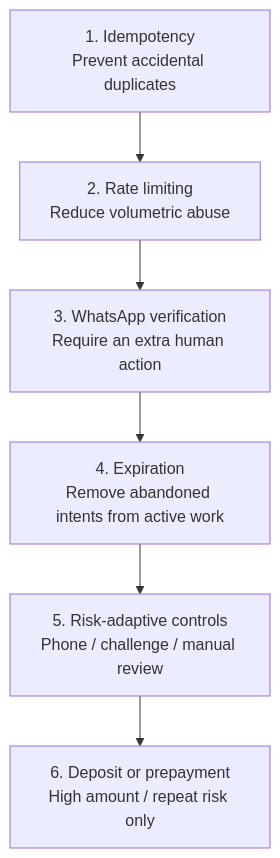
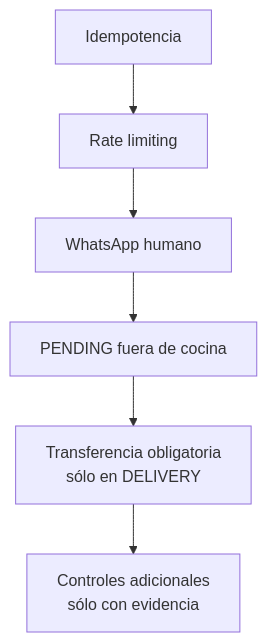
Before and after one commit to sjo1848/taco-loco: the ninth of 11 diagrams in docs/product/TL-HIGH-LEVEL-WORKFLOWS.md, drawn with Mermaid. The commit also changed other lines of this file, not shown here.

Commit message:
docs: close Taco Loco order-flow HLD human review

````diff
--- a/docs/product/TL-HIGH-LEVEL-WORKFLOWS.md
+++ b/docs/product/TL-HIGH-LEVEL-WORKFLOWS.md
@@ -308,11 +313,8 @@
 ```mermaid
 flowchart TD
-    L1[1. Idempotency\nPrevent accidental duplicates]
-    L2[2. Rate limiting\nReduce volumetric abuse]
-    L3[3. WhatsApp verification\nRequire an extra human action]
-    L4[4. Expiration\nRemove abandoned intents from active work]
-    L5[5. Risk-adaptive controls\nPhone / challenge / manual review]
-    L6[6. Deposit or prepayment\nHigh amount / repeat risk only]
-
-    L1 --> L2 --> L3 --> L4 --> L5 --> L6
+    L1[Idempotencia] --> L2[Rate limiting]
+    L2 --> L3[WhatsApp humano]
+    L3 --> L4[PENDING fuera de cocina]
+    L4 --> L5[Transferencia obligatoria\nsólo en DELIVERY]
+    L5 --> L6[Controles adicionales\nsólo con evidencia]
 ```
````
